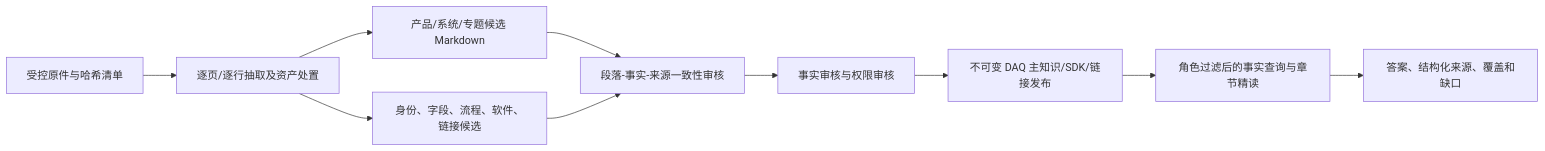
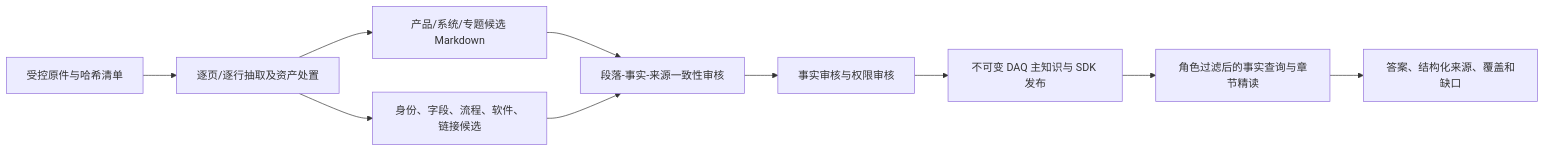
The diagram in docs/knowledge-base/knowledge-base-design-and-update-workflow.md (ink-hz/AI-DAQ-FAE-Agent), drawn with Mermaid before and after one commit. The commit also changed other lines of this file and 5 other files, not shown here.

````diff
--- a/docs/knowledge-base/knowledge-base-design-and-update-workflow.md
+++ b/docs/knowledge-base/knowledge-base-design-and-update-workflow.md
@@ -19,12 +19,12 @@
 ```mermaid
 flowchart LR
   A[受控原件与哈希清单] --> B[逐页/逐行抽取及资产处置]
   B --> C[产品/系统/专题候选 Markdown]
   B --> D[身份、字段、流程、软件、链接候选]
   C --> E[段落-事实-来源一致性审核]
   D --> E
   E --> F[事实审核与权限审核]
-  F --> G[不可变 DAQ 主知识/SDK/链接发布]
+  F --> G[不可变 DAQ 主知识与 SDK 发布]
   G --> H[角色过滤后的事实查询与章节精读]
   H --> I[答案、结构化来源、覆盖和缺口]
 ```
````
